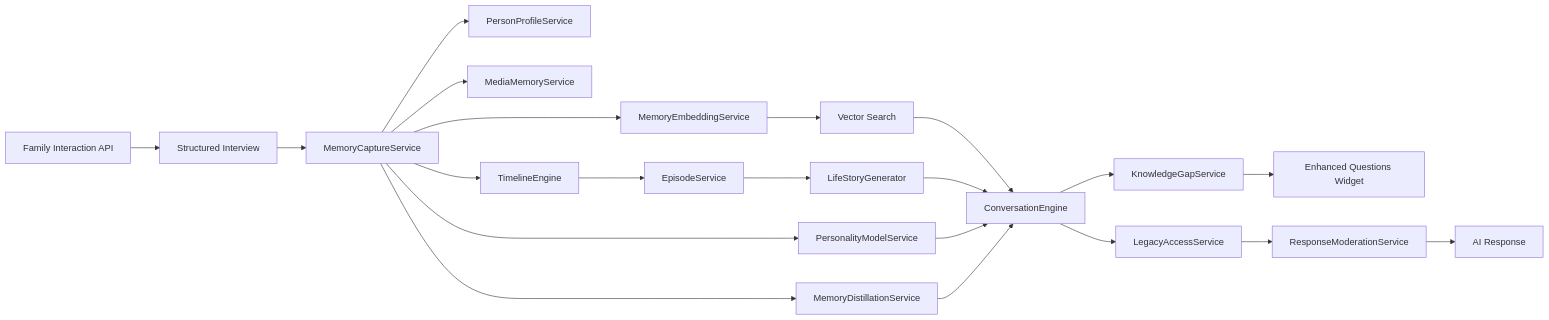
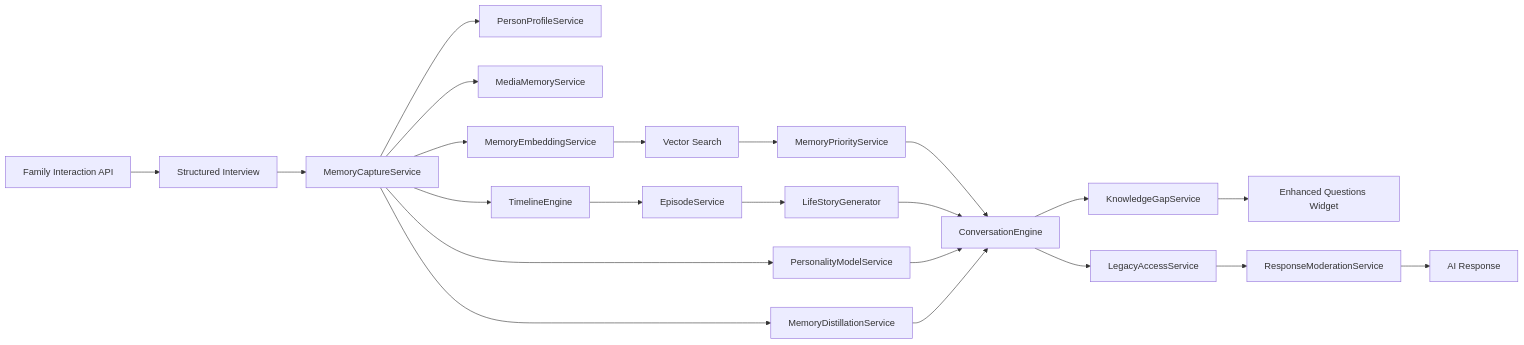
One commit to ali919191/legacyai changed the diagram in README.md. Above: the diagram before and after it, drawn with Mermaid. The commit also changed other lines of this file and 5 other files, not shown here.

````diff
--- a/README.md
+++ b/README.md
@@ -158,35 +180,36 @@
 ```mermaid
 flowchart LR
     API[Family Interaction API]
     INTERVIEW[Structured Interview]
     MEMORY[MemoryCaptureService]
     PROFILE[PersonProfileService]
     MEDIA[MediaMemoryService]
     TIMELINE[TimelineEngine]
     EPISODE[EpisodeService]
     EMBED[MemoryEmbeddingService]
     VECTOR[Vector Search]
+    PRIORITY[MemoryPriorityService]
     STORY[LifeStoryGenerator]
     CONVO[ConversationEngine]
     GAP[KnowledgeGapService]
     WIDGET[Enhanced Questions Widget]
     PERSONA[PersonalityModelService]
     DISTILL[MemoryDistillationService]
     ACCESS[LegacyAccessService]
     MOD[ResponseModerationService]
     RESPONSE[AI Response]
 
     API --> INTERVIEW --> MEMORY
     MEMORY --> PROFILE
     MEMORY --> MEDIA
     MEMORY --> TIMELINE --> EPISODE
     EPISODE --> STORY
-    MEMORY --> EMBED --> VECTOR --> CONVO
+    MEMORY --> EMBED --> VECTOR --> PRIORITY --> CONVO
     STORY --> CONVO
     CONVO --> GAP --> WIDGET
     MEMORY --> PERSONA
     MEMORY --> DISTILL
     PERSONA --> CONVO
     DISTILL --> CONVO
     CONVO --> ACCESS --> MOD --> RESPONSE
 ```
````
